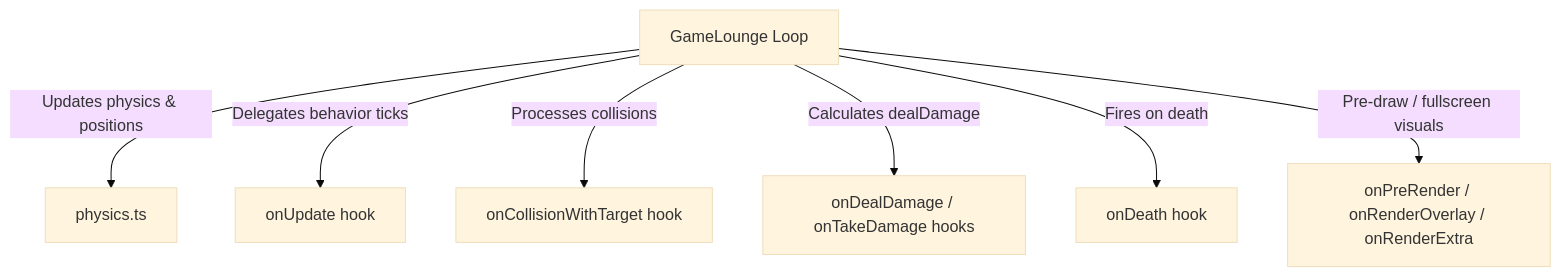
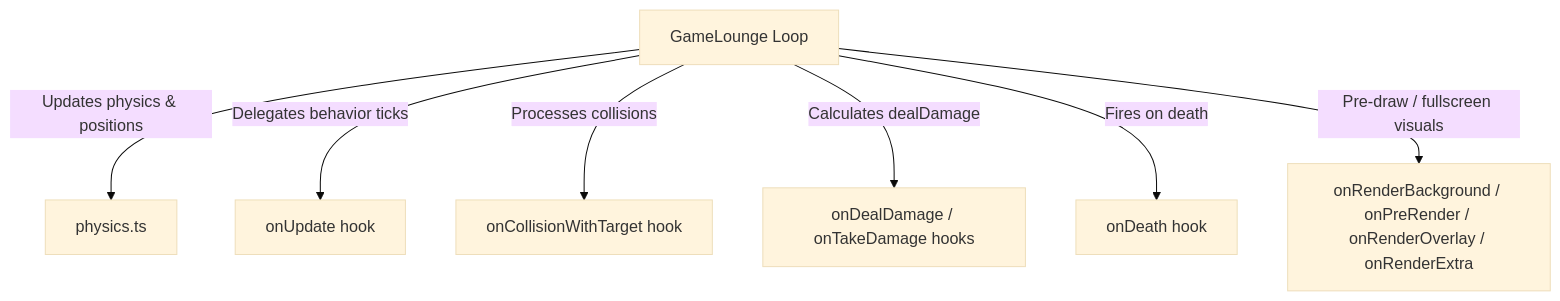
Before and after one commit to hngbfv3399/dabae-ballmatch: the diagram in docs/ARCHITECTURE.md, drawn with Mermaid (base theme). The commit also changed other lines of this file and 23 other files, not shown here.

````diff
--- a/docs/ARCHITECTURE.md
+++ b/docs/ARCHITECTURE.md
@@ -21,9 +22,9 @@
 ```mermaid
 graph TD
     Lounge[GameLounge Loop] -->|Updates physics & positions| Physics[physics.ts]
     Lounge -->|Delegates behavior ticks| CharUpdate[onUpdate hook]
     Lounge -->|Processes collisions| CharColl[onCollisionWithTarget hook]
     Lounge -->|Calculates dealDamage| DamageHooks[onDealDamage / onTakeDamage hooks]
     Lounge -->|Fires on death| DeathHooks[onDeath hook]
-    Lounge -->|Pre-draw / fullscreen visuals| RenderHooks[onPreRender / onRenderOverlay / onRenderExtra]
+    Lounge -->|Pre-draw / fullscreen visuals| RenderHooks[onRenderBackground / onPreRender / onRenderOverlay / onRenderExtra]
 ```
````
